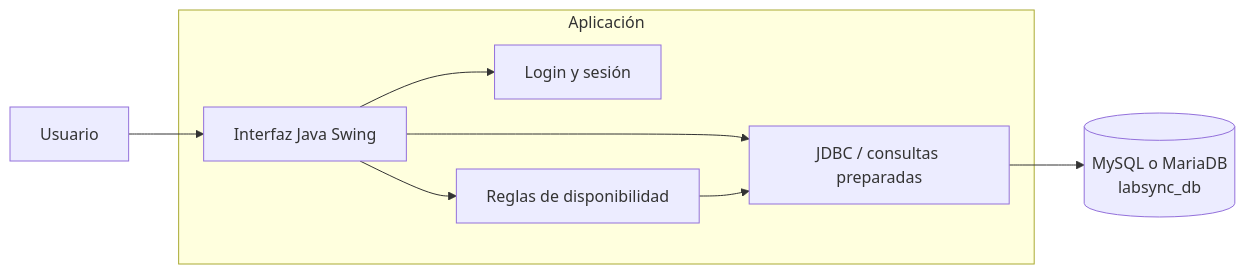
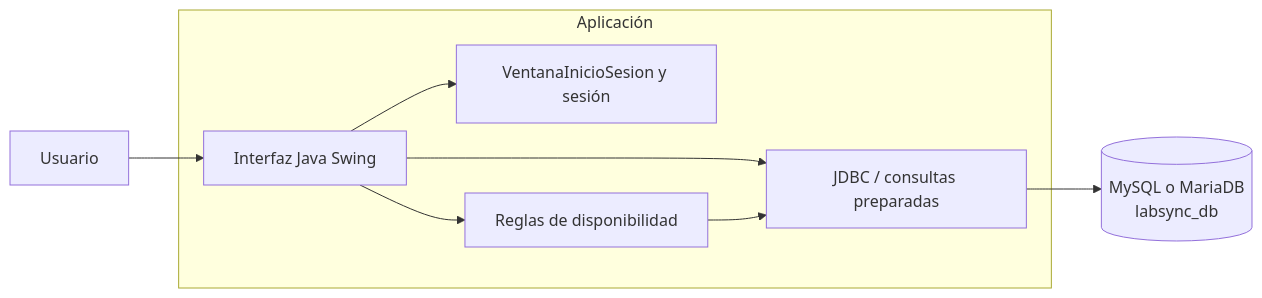
The first of 6 diagrams in docs/ARQUITECTURA_Y_FLUJOS.md (Ivangamo55/LabSync), drawn with Mermaid before and after one commit. The commit also changed other lines of this file and 102 other files, not shown here.

````diff
--- a/docs/ARQUITECTURA_Y_FLUJOS.md
+++ b/docs/ARQUITECTURA_Y_FLUJOS.md
@@ -7,16 +7,16 @@
 ```mermaid
 flowchart LR
     U[Usuario] --> UI[Interfaz Java Swing]
-    UI --> AUTH[Login y sesión]
+    UI --> AUTH[VentanaInicioSesion y sesión]
     UI --> RULES[Reglas de disponibilidad]
     UI --> JDBC[JDBC / consultas preparadas]
     RULES --> JDBC
     JDBC --> DB[(MySQL o MariaDB\nlabsync_db)]
 
     subgraph Aplicación
         AUTH
         UI
         RULES
         JDBC
     end
 ```
````
